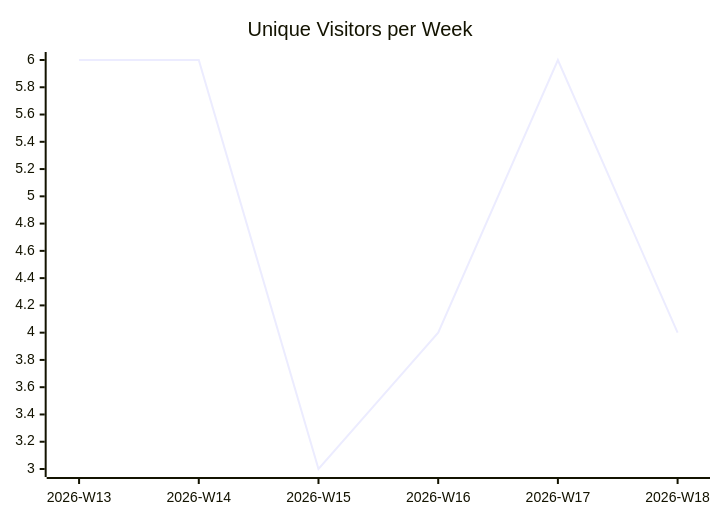
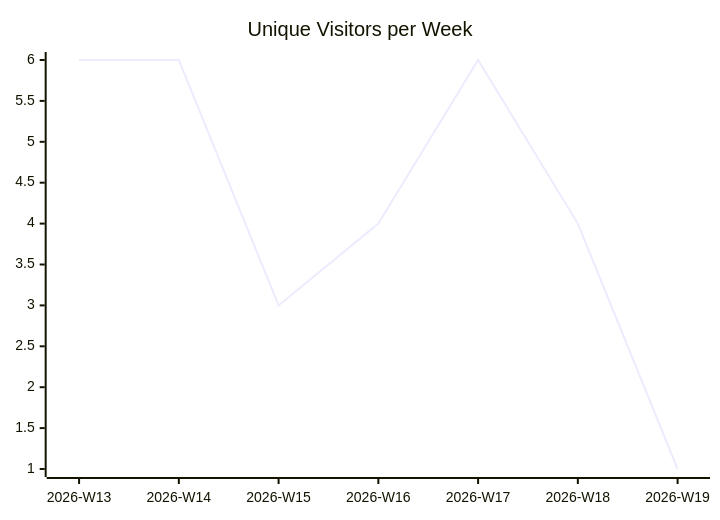
One commit to justdavis-family/github-analytics-data changed the first of 3 diagrams in karlmdavis/ksoap2-android/README.md. Above: the diagram before and after it, drawn with Mermaid. The commit also changed other lines of this file and 187 other files, not shown here.

````diff
--- a/karlmdavis/ksoap2-android/README.md
+++ b/karlmdavis/ksoap2-android/README.md
@@ -5,6 +5,6 @@
 ```mermaid
 xychart-beta
   title "Unique Visitors per Week"
-  x-axis ["2026-W13", "2026-W14", "2026-W15", "2026-W16", "2026-W17", "2026-W18"]
-  line [6, 6, 3, 4, 6, 4]
+  x-axis ["2026-W13", "2026-W14", "2026-W15", "2026-W16", "2026-W17", "2026-W18", "2026-W19"]
+  line [6, 6, 3, 4, 6, 4, 1]
 ```
````
